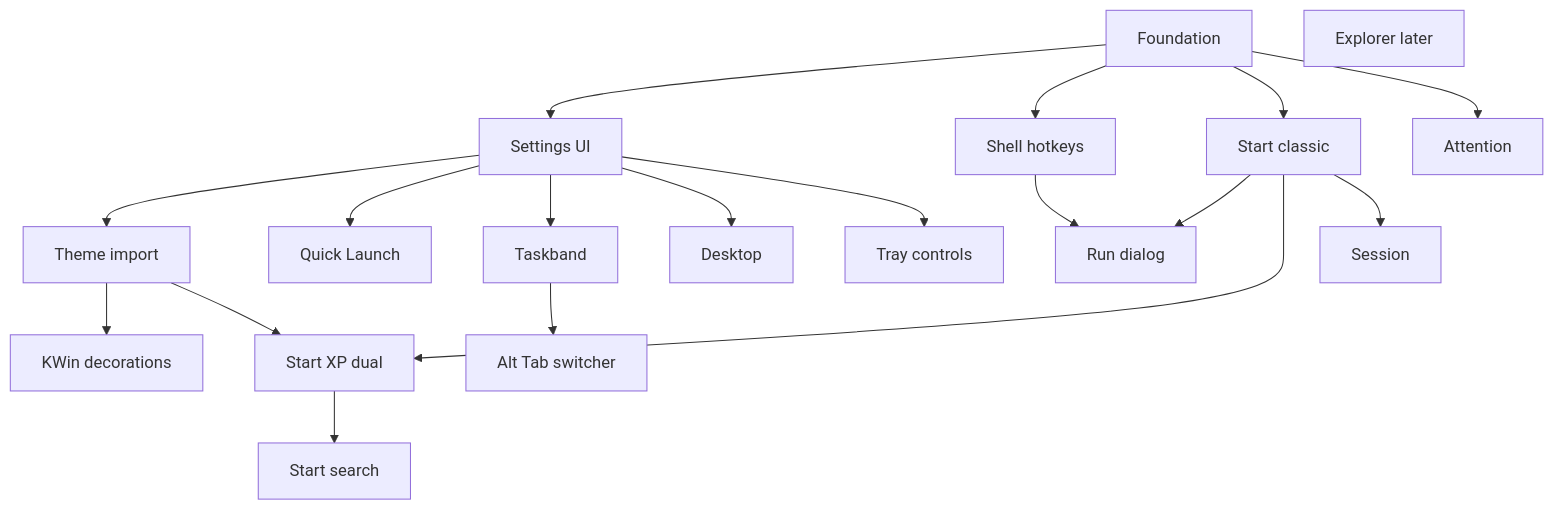
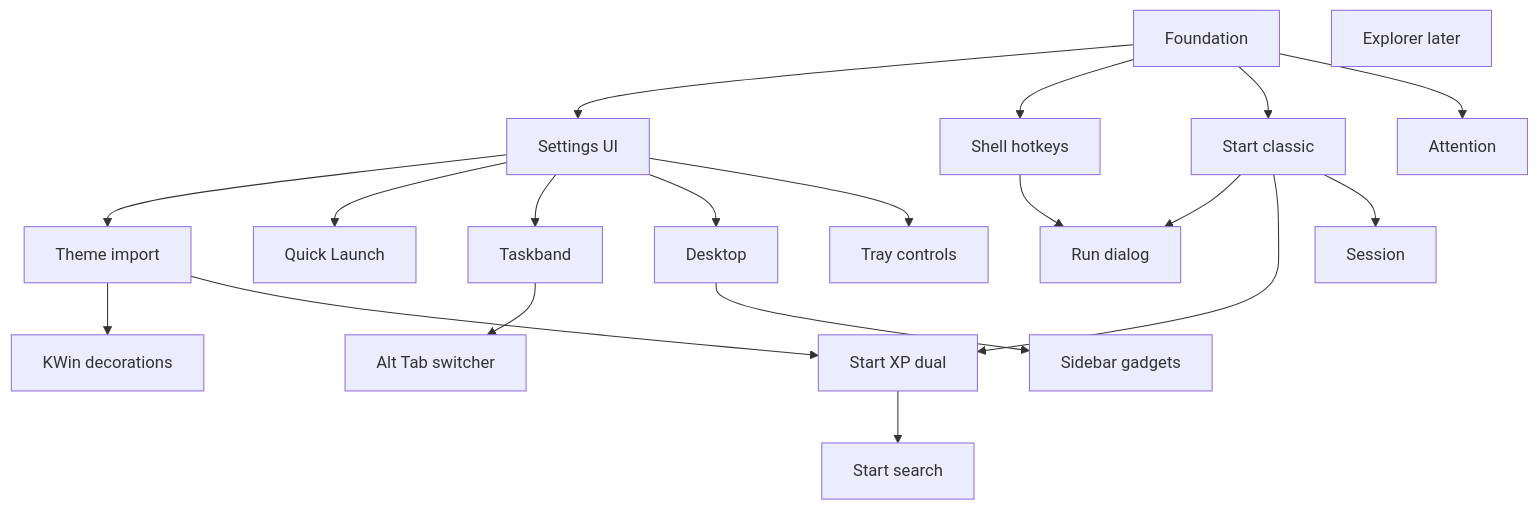
The first of 2 diagrams in .cursor/plans/xp_shell_gap_analysis.plan.md (freitagdavid/QuickXP), drawn with Mermaid before and after one commit. The commit also changed other lines of this file and 230 other files, not shown here.

````diff
--- a/.cursor/plans/xp_shell_gap_analysis.plan.md
+++ b/.cursor/plans/xp_shell_gap_analysis.plan.md
@@ -95,37 +96,39 @@
 ```mermaid
 flowchart TB
   foundation[Foundation]
   settings[Settings UI]
   themes[Theme import]
   kwinDeco[KWin decorations]
   hotkeys[Shell hotkeys]
   runDlg[Run dialog]
   classic[Start classic]
   xpStart[Start XP dual]
   search[Start search]
   ql[Quick Launch]
   taskband[Taskband]
   trayCtl[Tray controls]
   altTab[Alt Tab switcher]
   desktop[Desktop]
+  sidebar[Sidebar gadgets]
   attention[Attention]
   session[Session]
   explorer[Explorer later]
   foundation --> settings
   settings --> themes
   themes --> kwinDeco
   foundation --> hotkeys
   foundation --> classic
   classic --> runDlg
   hotkeys --> runDlg
   classic --> xpStart
   xpStart --> search
   classic --> session
   settings --> ql
   settings --> taskband
   settings --> desktop
+  desktop --> sidebar
   settings --> trayCtl
   taskband --> altTab
   foundation --> attention
   themes --> xpStart
 ```
````
